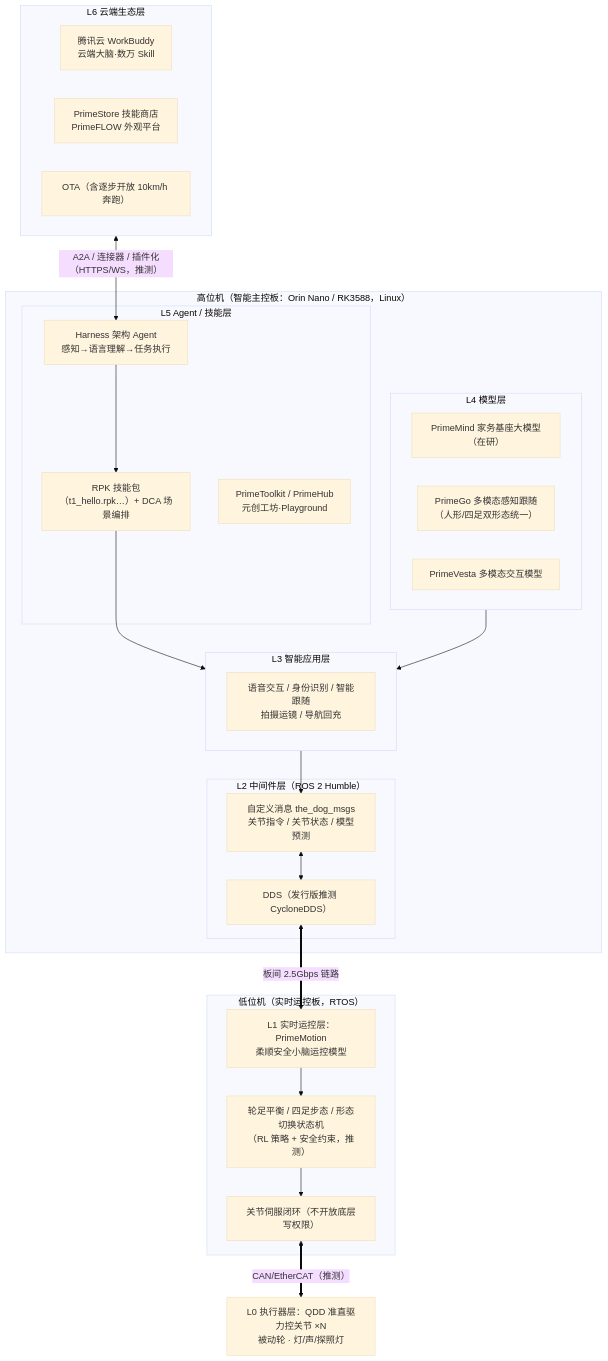
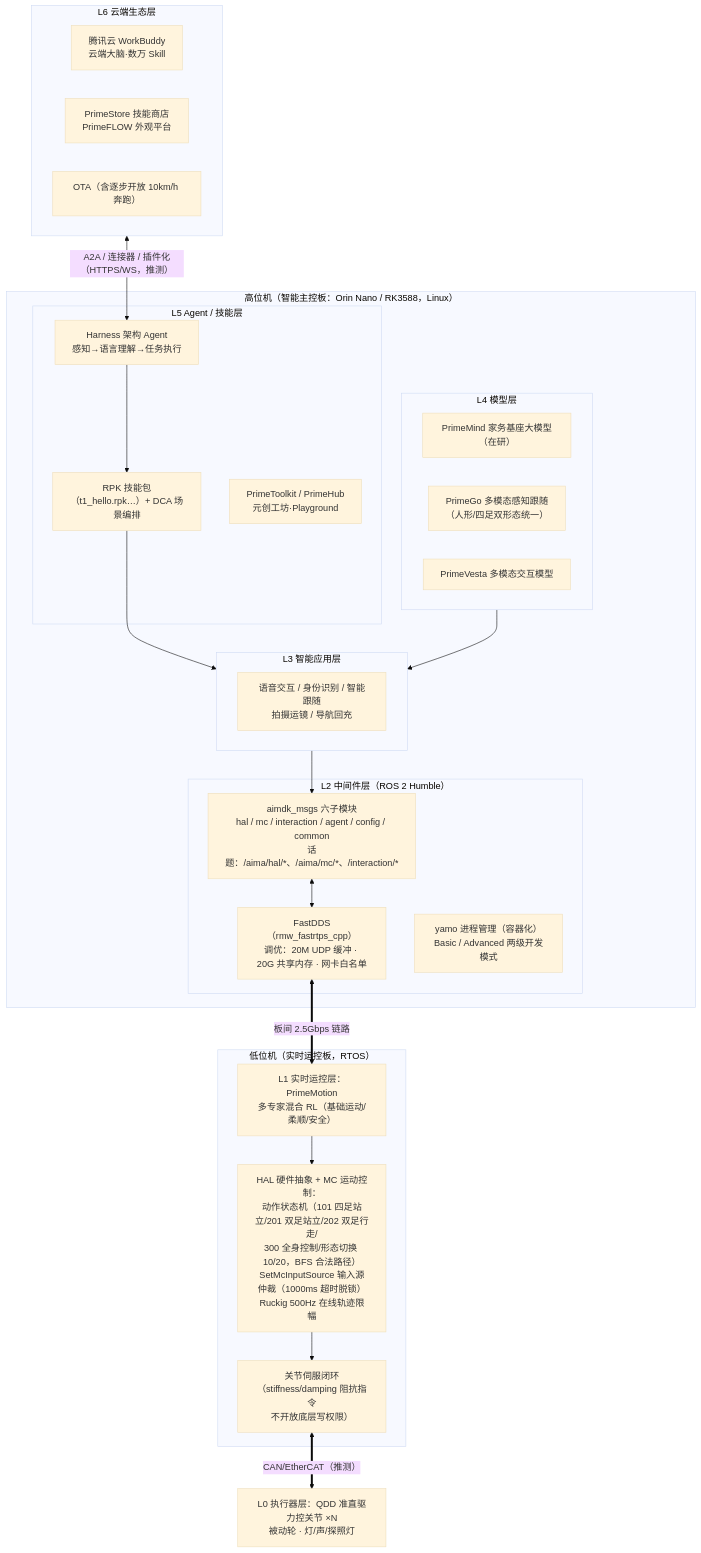
The second of 8 diagrams in quadruped-software-architecture.md (liqiliang9090/myrobot), drawn with Mermaid (base theme) before and after one commit. The commit also changed other lines of this file, not shown here.

````diff
--- a/quadruped-software-architecture.md
+++ b/quadruped-software-architecture.md
@@ -144,45 +145,46 @@
 ```mermaid
 flowchart TB
     subgraph L6["L6 云端生态层"]
         WB["腾讯云 WorkBuddy<br/>云端大脑·数万 Skill"]
         STORE["PrimeStore 技能商店<br/>PrimeFLOW 外观平台"]
         OTA2["OTA（含逐步开放 10km/h 奔跑）"]
     end
 
     subgraph HOST["高位机（智能主控板：Orin Nano / RK3588，Linux）"]
         subgraph L5["L5 Agent / 技能层"]
             AGENT["Harness 架构 Agent<br/>感知→语言理解→任务执行"]
             RPK["RPK 技能包<br/>（t1_hello.rpk…）+ DCA 场景编排"]
             TK["PrimeToolkit / PrimeHub<br/>元创工坊·Playground"]
         end
         subgraph L4["L4 模型层"]
             PM["PrimeMind 家务基座大模型（在研）"]
             PG["PrimeGo 多模态感知跟随<br/>（人形/四足双形态统一）"]
             PV["PrimeVesta 多模态交互模型"]
         end
         subgraph L3["L3 智能应用层"]
             APP["语音交互 / 身份识别 / 智能跟随<br/>拍摄运镜 / 导航回充"]
         end
         subgraph L2["L2 中间件层（ROS 2 Humble）"]
-            DDS["DDS（发行版推测 CycloneDDS）"]
-            MSG["自定义消息 the_dog_msgs<br/>关节指令 / 关节状态 / 模型预测"]
+            DDS["FastDDS（rmw_fastrtps_cpp）<br/>调优：20M UDP 缓冲 · 20G 共享内存 · 网卡白名单"]
+            MSG["aimdk_msgs 六子模块<br/>hal / mc / interaction / agent / config / common<br/>话题：/aima/hal/*、/aima/mc/*、/interaction/*"]
+            YAMO["yamo 进程管理（容器化）<br/>Basic / Advanced 两级开发模式"]
         end
     end
 
     subgraph MCU["低位机（实时运控板，RTOS）"]
-        L1["L1 实时运控层：PrimeMotion<br/>柔顺安全小脑运控模型"]
-        WBC["轮足平衡 / 四足步态 / 形态切换状态机<br/>（RL 策略 + 安全约束，推测）"]
-        SRV["关节伺服闭环（不开放底层写权限）"]
+        L1["L1 实时运控层：PrimeMotion<br/>多专家混合 RL（基础运动/柔顺/安全）"]
+        WBC["HAL 硬件抽象 + MC 运动控制：<br/>动作状态机（101 四足站立/201 双足站立/202 双足行走/<br/>300 全身控制/形态切换 10/20，BFS 合法路径）<br/>SetMcInputSource 输入源仲裁（1000ms 超时脱锁）<br/>Ruckig 500Hz 在线轨迹限幅"]
+        SRV["关节伺服闭环（stiffness/damping 阻抗指令<br/>不开放底层写权限）"]
     end
 
     L0["L0 执行器层：QDD 准直驱力控关节 ×N<br/>被动轮 · 灯/声/探照灯"]
 
     L6 <-->|"A2A / 连接器 / 插件化（HTTPS/WS，推测）"| AGENT
     AGENT --> RPK --> L3
     L3 --> MSG
     L4 --> L3
     MSG <--> DDS
     DDS <==>|"板间 2.5Gbps 链路"| L1
     L1 --> WBC --> SRV
     SRV <==>|"CAN/EtherCAT（推测）"| L0
 ```
````
